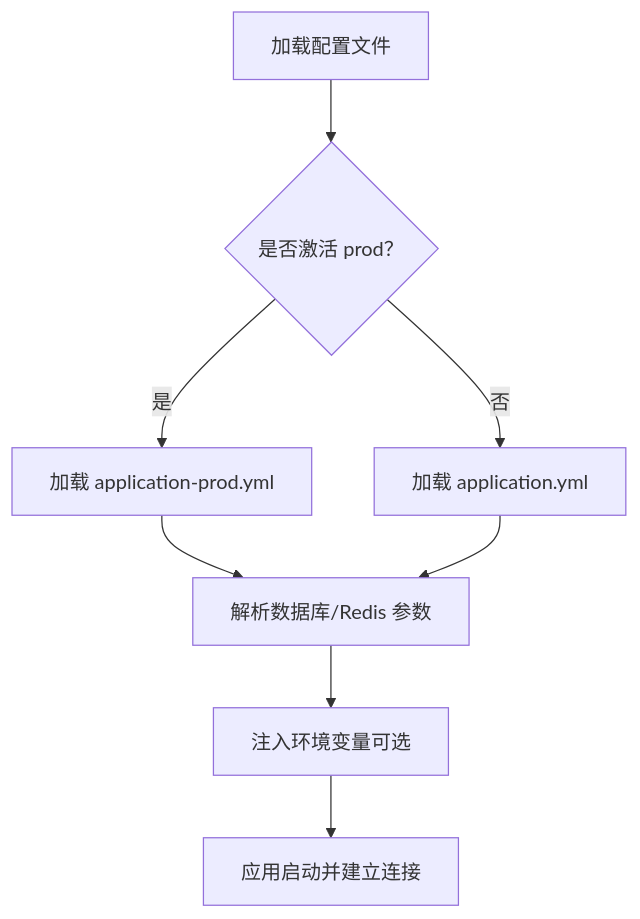
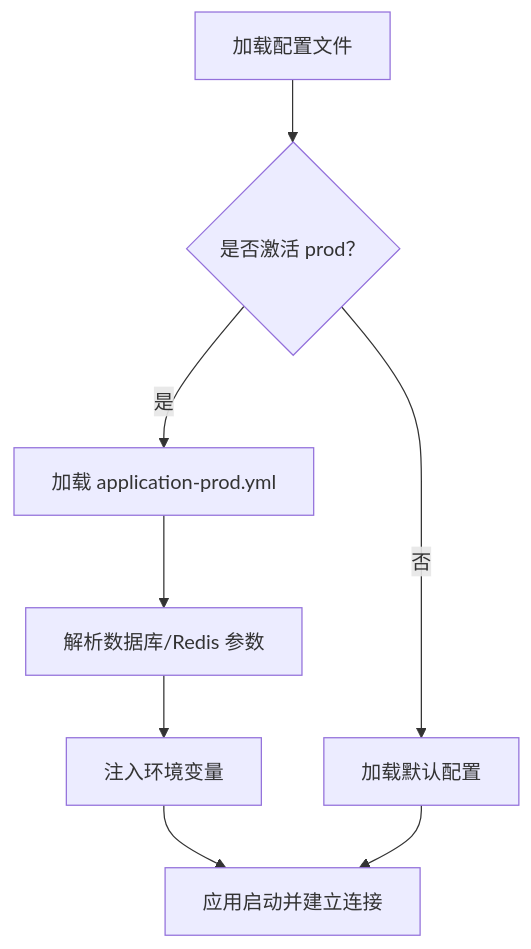
The seventh of 9 diagrams in .qoder/repowiki/zh/content/系统架构/部署架构.md (junjiechen66/newWorld), drawn with Mermaid before and after one commit. The commit also changed other lines of this file and 5 other files, not shown here.

````diff
--- a/.qoder/repowiki/zh/content/系统架构/部署架构.md
+++ b/.qoder/repowiki/zh/content/系统架构/部署架构.md
@@ -191,10 +336,10 @@
 ```mermaid
 flowchart TD
 A["加载配置文件"] --> B{"是否激活 prod？"}
 B --> |是| C["加载 application-prod.yml"]
-B --> |否| D["加载 application.yml"]
+B --> |否| D["加载默认配置"]
 C --> E["解析数据库/Redis 参数"]
-D --> E
-E --> F["注入环境变量可选"]
+E --> F["注入环境变量"]
 F --> G["应用启动并建立连接"]
+D --> G
 ```
````
